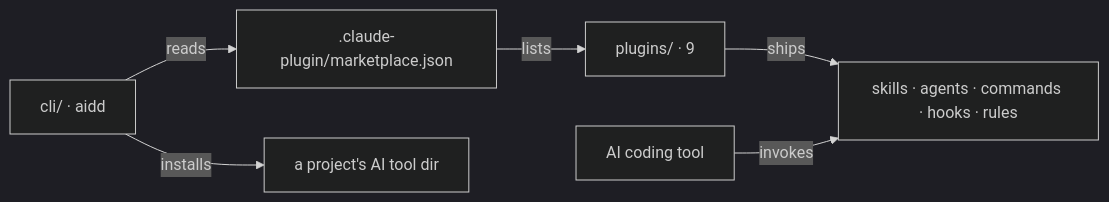
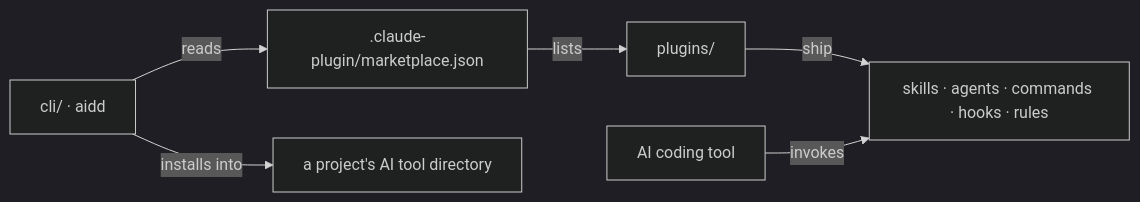
One commit to ai-driven-dev/framework changed the diagram in aidd_docs/memory/architecture.md. Above: the diagram before and after it, drawn with Mermaid (dark theme). The commit also changed other lines of this file and 74 other files, not shown here.

````diff
--- a/aidd_docs/memory/architecture.md
+++ b/aidd_docs/memory/architecture.md
@@ -17,8 +15,8 @@
 ```mermaid
 flowchart LR
-    Manifest[".claude-plugin/marketplace.json"] -->|lists| Plugins["plugins/ · 9"]
-    Plugins -->|ships| Surfaces["skills · agents · commands · hooks · rules"]
+    Manifest[".claude-plugin/marketplace.json"] -->|lists| Plugins["plugins/"]
+    Plugins -->|ship| Surfaces["skills · agents · commands · hooks · rules"]
     CLI["cli/ · aidd"] -->|reads| Manifest
-    CLI -->|installs| Target["a project's AI tool dir"]
-    Editor["AI coding tool"] -->|invokes| Surfaces
+    CLI -->|installs into| Target["a project's AI tool directory"]
+    Tool["AI coding tool"] -->|invokes| Surfaces
 ```
````
